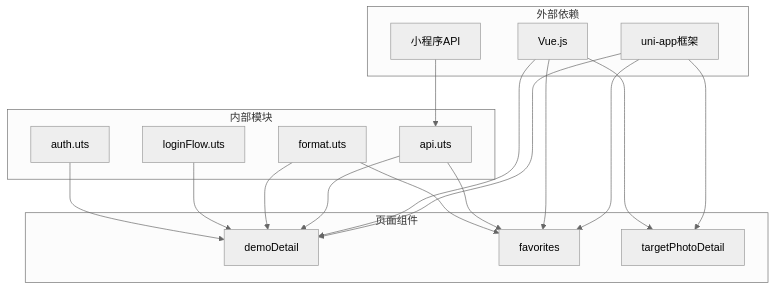
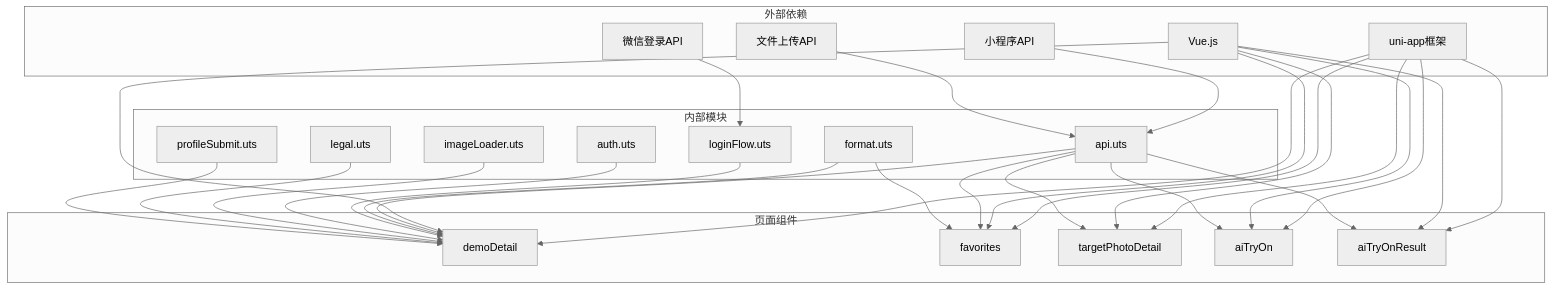
One commit to crazyma99/blueberry changed the fifth of 5 diagrams in .qoder/repowiki/zh/content/UI组件系统/SearchNavBar组件.md. Above: the diagram before and after it, drawn with Mermaid (neutral theme). The commit also changed other lines of this file and 8 other files, not shown here.

````diff
--- a/.qoder/repowiki/zh/content/UI组件系统/SearchNavBar组件.md
+++ b/.qoder/repowiki/zh/content/UI组件系统/SearchNavBar组件.md
@@ -292,32 +337,51 @@
 ```mermaid
 graph TB
 subgraph "外部依赖"
 A[uni-app框架]
 B[Vue.js]
 C[小程序API]
+D[微信登录API]
+E[文件上传API]
 end
 subgraph "内部模块"
-D[api.uts]
-E[format.uts]
-F[loginFlow.uts]
-G[auth.uts]
+F[api.uts]
+G[format.uts]
+H[loginFlow.uts]
+I[auth.uts]
+J[imageLoader.uts]
+K[legal.uts]
+L[profileSubmit.uts]
 end
 subgraph "页面组件"
-H[demoDetail]
-I[favorites]
-J[targetPhotoDetail]
+M[demoDetail]
+N[favorites]
+O[targetPhotoDetail]
+P[aiTryOn]
+Q[aiTryOnResult]
 end
-A --> H
-A --> I
-A --> J
-B --> H
-B --> I
-B --> J
-C --> D
+A --> M
+A --> N
+A --> O
+A --> P
+A --> Q
+B --> M
+B --> N
+B --> O
+B --> P
+B --> Q
+C --> F
 D --> H
-D --> I
-E --> H
-E --> I
-F --> H
-G --> H
+E --> F
+F --> M
+F --> N
+F --> O
+F --> P
+F --> Q
+G --> M
+G --> N
+H --> M
+I --> M
+J --> M
+K --> M
+L --> M
 ```
````
